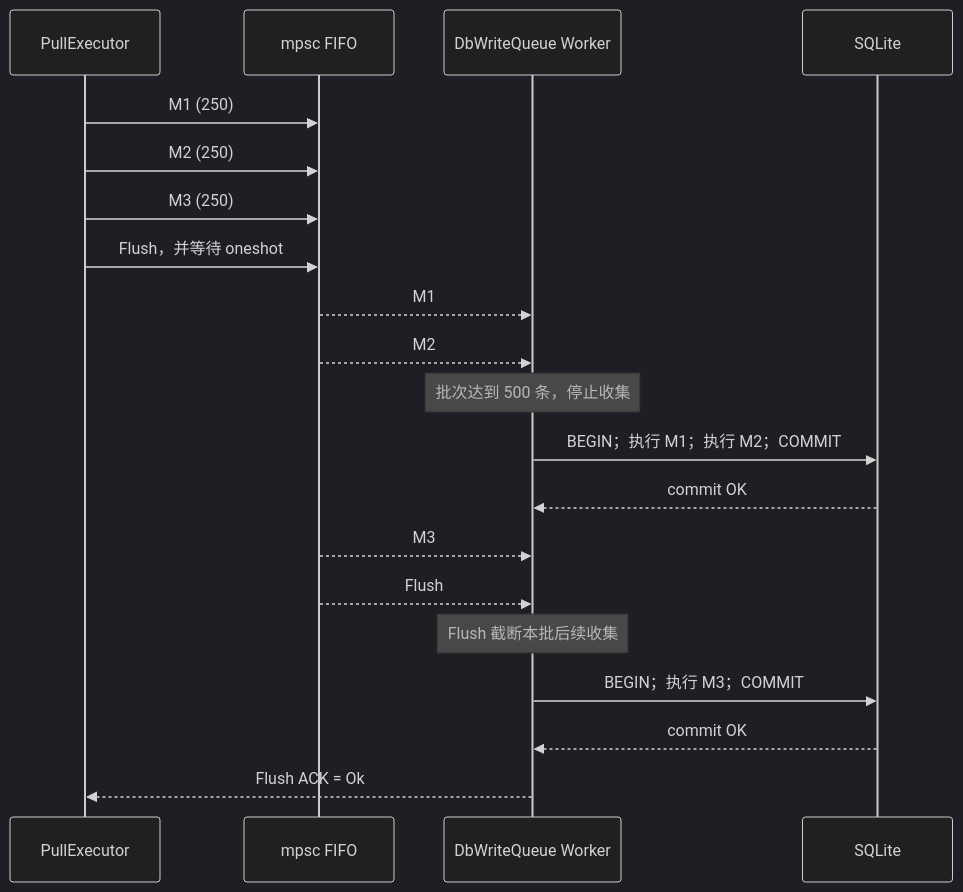
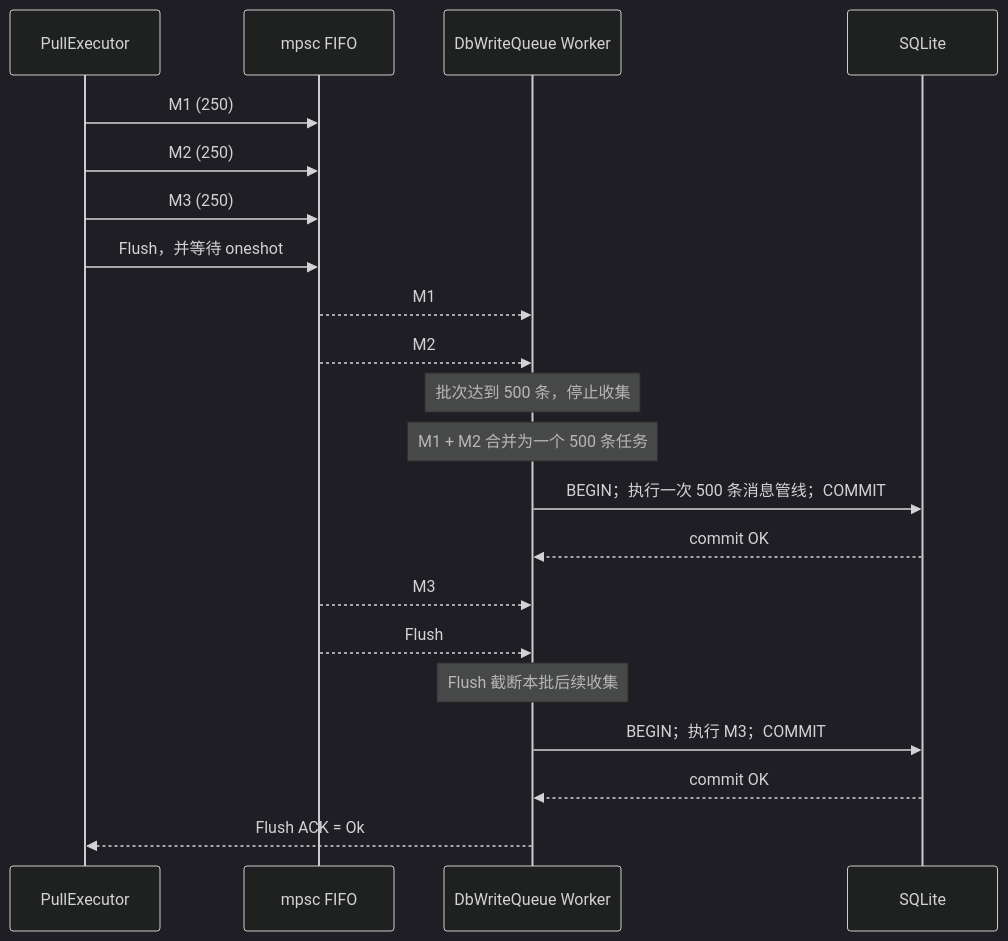
The third of 8 diagrams in docs/modules/14_Persistence领域总览.md (MRiecy/VCPMobile), drawn with Mermaid (dark theme) before and after one commit. The commit also changed other lines of this file and 2 other files, not shown here.

````diff
--- a/docs/modules/14_Persistence领域总览.md
+++ b/docs/modules/14_Persistence领域总览.md
@@ -446,25 +447,26 @@
 ```mermaid
 sequenceDiagram
     participant P as PullExecutor
     participant Q as mpsc FIFO
     participant W as DbWriteQueue Worker
     participant DB as SQLite
 
     P->>Q: M1 (250)
     P->>Q: M2 (250)
     P->>Q: M3 (250)
     P->>Q: Flush，并等待 oneshot
 
     Q-->>W: M1
     Q-->>W: M2
     Note over W: 批次达到 500 条，停止收集
-    W->>DB: BEGIN；执行 M1；执行 M2；COMMIT
+    Note over W: M1 + M2 合并为一个 500 条任务
+    W->>DB: BEGIN；执行一次 500 条消息管线；COMMIT
     DB-->>W: commit OK
 
     Q-->>W: M3
     Q-->>W: Flush
     Note over W: Flush 截断本批后续收集
     W->>DB: BEGIN；执行 M3；COMMIT
     DB-->>W: commit OK
     W-->>P: Flush ACK = Ok
 ```
````
